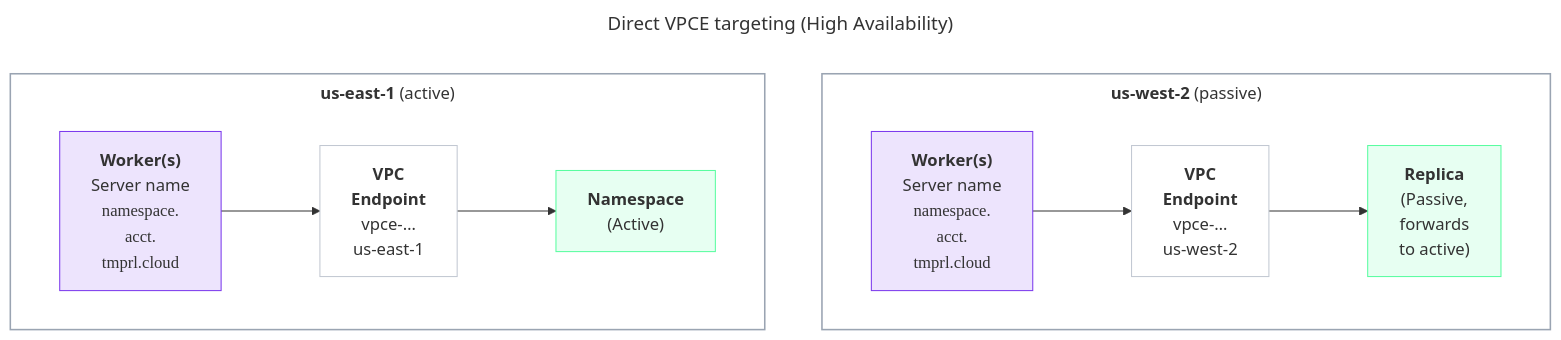
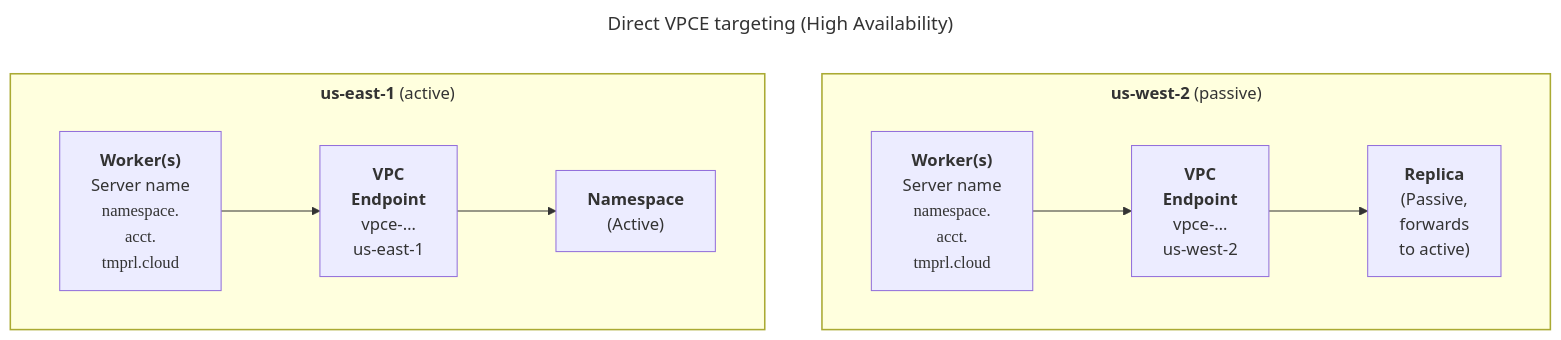
One commit to temporalio/documentation changed the second of 2 diagrams in docs/cloud/connectivity/aws-connectivity.mdx. Above: the diagram before and after it, drawn with Mermaid. The commit also changed other lines of this file and 15 other files, not shown here.

First line of the commit message:
Refactor Mermaid diagrams for improved clarity and consistency across documentation

````diff
--- a/docs/cloud/connectivity/aws-connectivity.mdx
+++ b/docs/cloud/connectivity/aws-connectivity.mdx
@@ -270,28 +260,28 @@
 ```mermaid
 ---
 title: Direct VPCE targeting (High Availability)
 ---
 %%{init: {'themeVariables':{'fontFamily':'Inter, ui-sans-serif, system-ui, sans-serif'},'flowchart':{'nodeSpacing':55,'rankSpacing':70,'curve':'basis','subGraphTitleMargin':{'top':6,'bottom':12}}}}%%
 flowchart TD
-    classDef worker fill:#7C3AED22,stroke:#7C3AED,stroke-width:1px;
-    classDef ns fill:#59FDA024,stroke:#59FDA0,stroke-width:1px;
-    classDef endpoint fill:transparent,stroke:#c2c8d2,stroke-width:1px;
-    classDef region fill:transparent,stroke:#9aa4b2,stroke-width:1.5px;
+    classDef worker stroke-width:1px;
+    classDef ns stroke-width:1px;
+    classDef endpoint stroke-width:1px;
+    classDef region stroke-width:1.5px;
     subgraph HSEC["<b>us-west-2</b> (passive)"]
       HWB["<b>Worker(s)</b><br/>Server name<br/><span style='font-family:mono'>namespace.<br/>acct.<br/>tmprl.cloud</span>"]:::worker
       HVPB["<b>VPC<br/>Endpoint</b><br/>vpce-…<br/>us-west-2"]:::endpoint
       HNSB["<b>Replica</b><br/>(Passive,<br/>forwards<br/>to active)"]:::ns
       HWB --> HVPB
       HVPB --> HNSB
     end
     subgraph HPRIM["<b>us-east-1</b> (active)"]
       HWA["<b>Worker(s)</b><br/>Server name<br/><span style='font-family:mono'>namespace.<br/>acct.<br/>tmprl.cloud</span>"]:::worker
       HVPA["<b>VPC<br/>Endpoint</b><br/>vpce-…<br/>us-east-1"]:::endpoint
       HNSA["<b>Namespace</b><br/>(Active)"]:::ns
       HWA --> HVPA
       HVPA --> HNSA
     end
     
     
     class HPRIM,HSEC region
 ```
````
